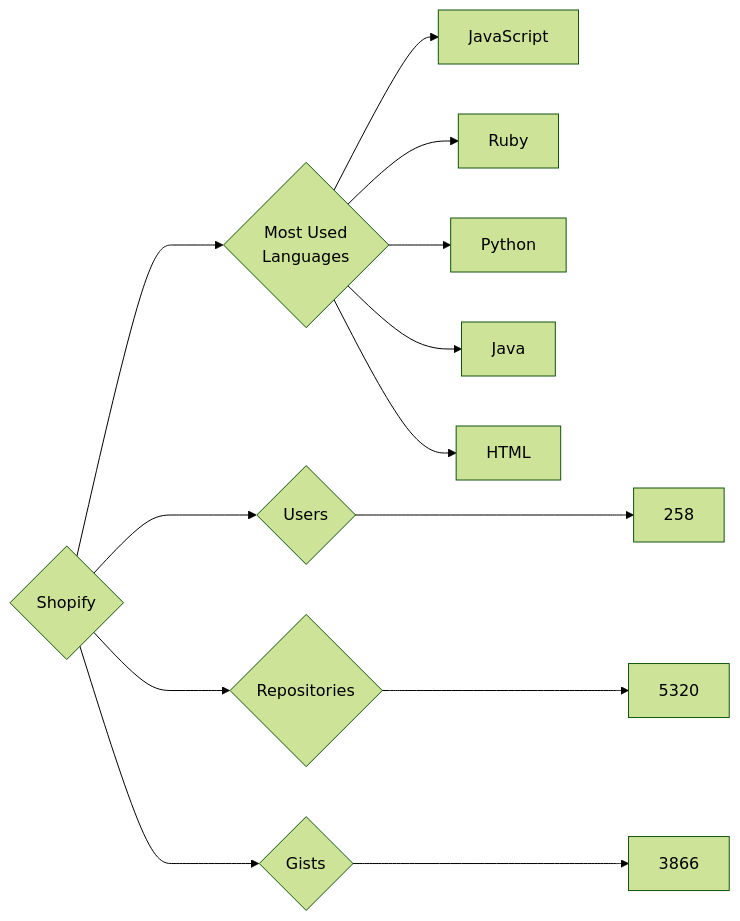
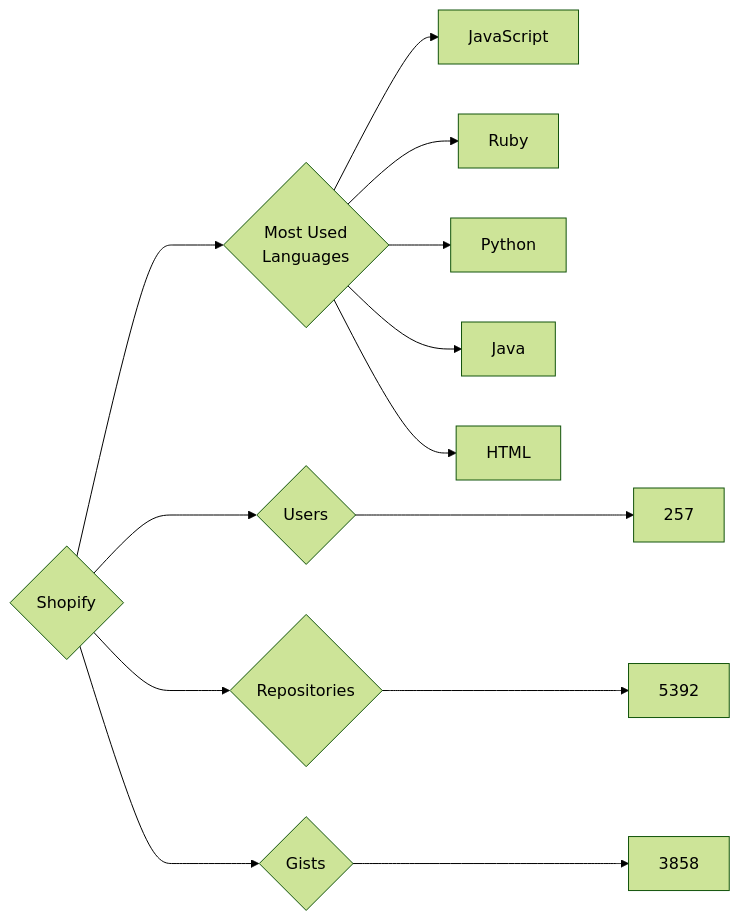
Before and after one commit to trickest/insiders: the diagram in targets/Shopify/README.md, drawn with Mermaid (forest theme). The commit also changed 912 other files, not shown here.

````diff
--- a/targets/Shopify/README.md
+++ b/targets/Shopify/README.md
@@ -3,13 +3,13 @@
 ```mermaid
 graph LR
 COMPANY_NAME{Shopify}
-COMPANY_NAME ---> U{Users} ---> UN[258]
-COMPANY_NAME ---> R{Repositories} ---> RN[5320]
-COMPANY_NAME ---> G{Gists} ---> GN[3866]
+COMPANY_NAME ---> U{Users} ---> UN[257]
+COMPANY_NAME ---> R{Repositories} ---> RN[5392]
+COMPANY_NAME ---> G{Gists} ---> GN[3858]
 COMPANY_NAME ---> ML{Most Used<br>Languages}
 ML --> JavaScript[JavaScript]
 ML --> Ruby[Ruby]
 ML --> Python[Python]
 ML --> Java[Java]
 ML --> HTML[HTML]
 ```
````
